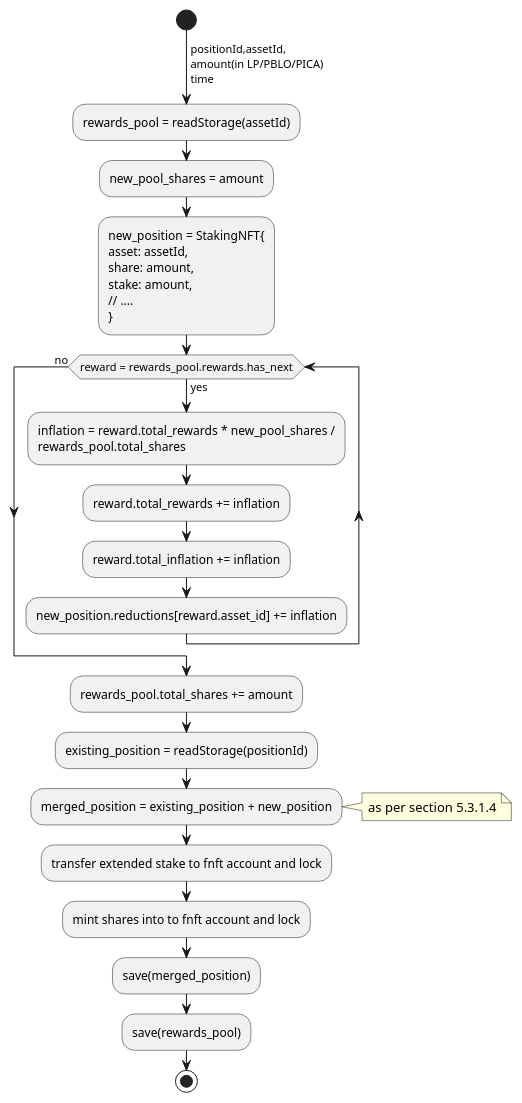
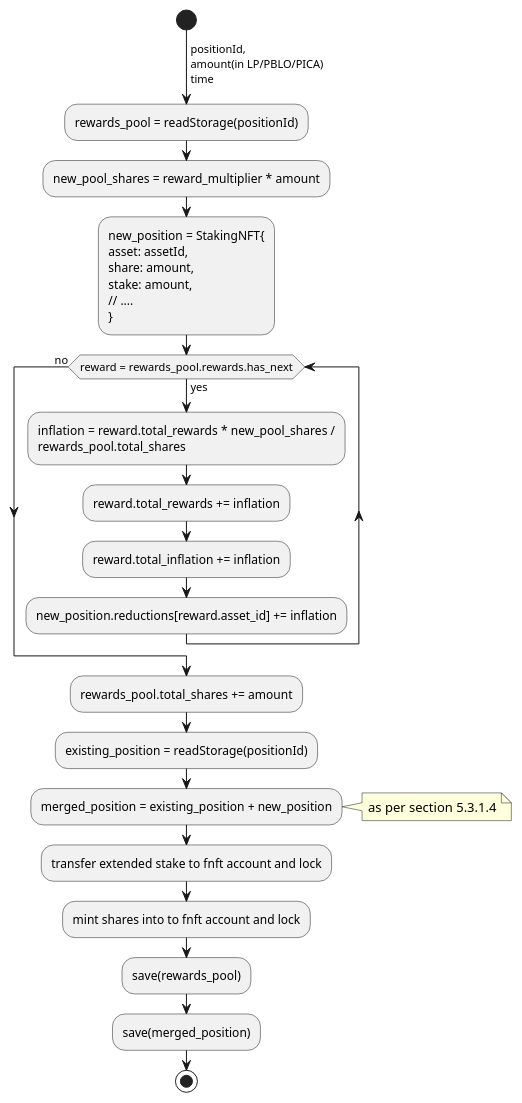
One commit to ComposableFi/composable changed the fifth of 11 diagrams in rfcs/0005-pablo-distribution-assets/0005-pablo-distribution.adoc. Above: the diagram before and after it, drawn with PlantUML. The commit also changed other lines of this file and 8 other files, not shown here.

Commit message:
pablo & staking rewards rfc review. Updated diagrams for staking, extend position, unstake, update reward pool, reward accumulation hook, split position, claim. Fixed the links

```diff
--- a/rfcs/0005-pablo-distribution-assets/0005-pablo-distribution.adoc
+++ b/rfcs/0005-pablo-distribution-assets/0005-pablo-distribution.adoc
@@ -433,28 +429,28 @@
 [plantuml,images/extend-position,png]
 ----
 start
-->positionId,assetId,\namount(in LP/PBLO/PICA)\ntime;
-:rewards_pool = readStorage(assetId);
-:new_pool_shares = amount;
+->positionId,\namount(in LP/PBLO/PICA)\ntime;
+:rewards_pool = readStorage(positionId);
+:new_pool_shares = reward_multiplier * amount;
 :new_position = StakingNFT{
 asset: assetId,
 share: amount,
 stake: amount,
 // ....
 };
 while (reward = rewards_pool.rewards.has_next) is (yes)
     :inflation = reward.total_rewards * new_pool_shares /\nrewards_pool.total_shares;
     :reward.total_rewards += inflation;
     :reward.total_inflation += inflation;
     :new_position.reductions[reward.asset_id] += inflation;
 endwhile (no)
 :rewards_pool.total_shares += amount;
 :existing_position = readStorage(positionId);
 :merged_position = existing_position + new_position;
 note right: as per section 5.3.1.4
 :transfer extended stake to fnft account and lock;
 :mint shares into to fnft account and lock;
+:save(rewards_pool);
 :save(merged_position);
-:save(rewards_pool);
 stop
 ----
```
